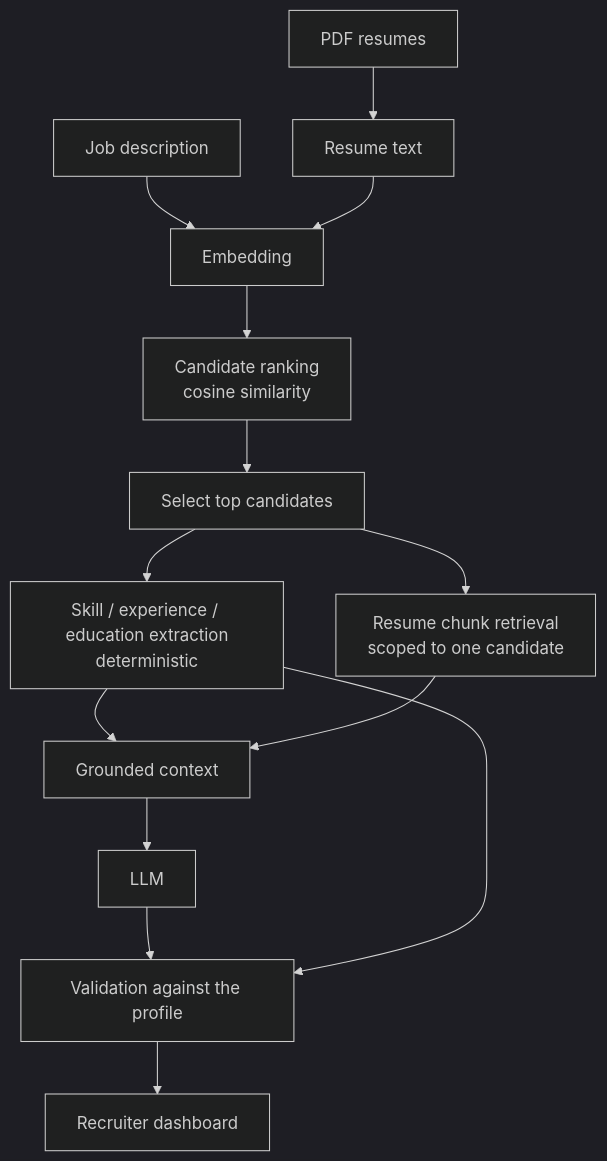
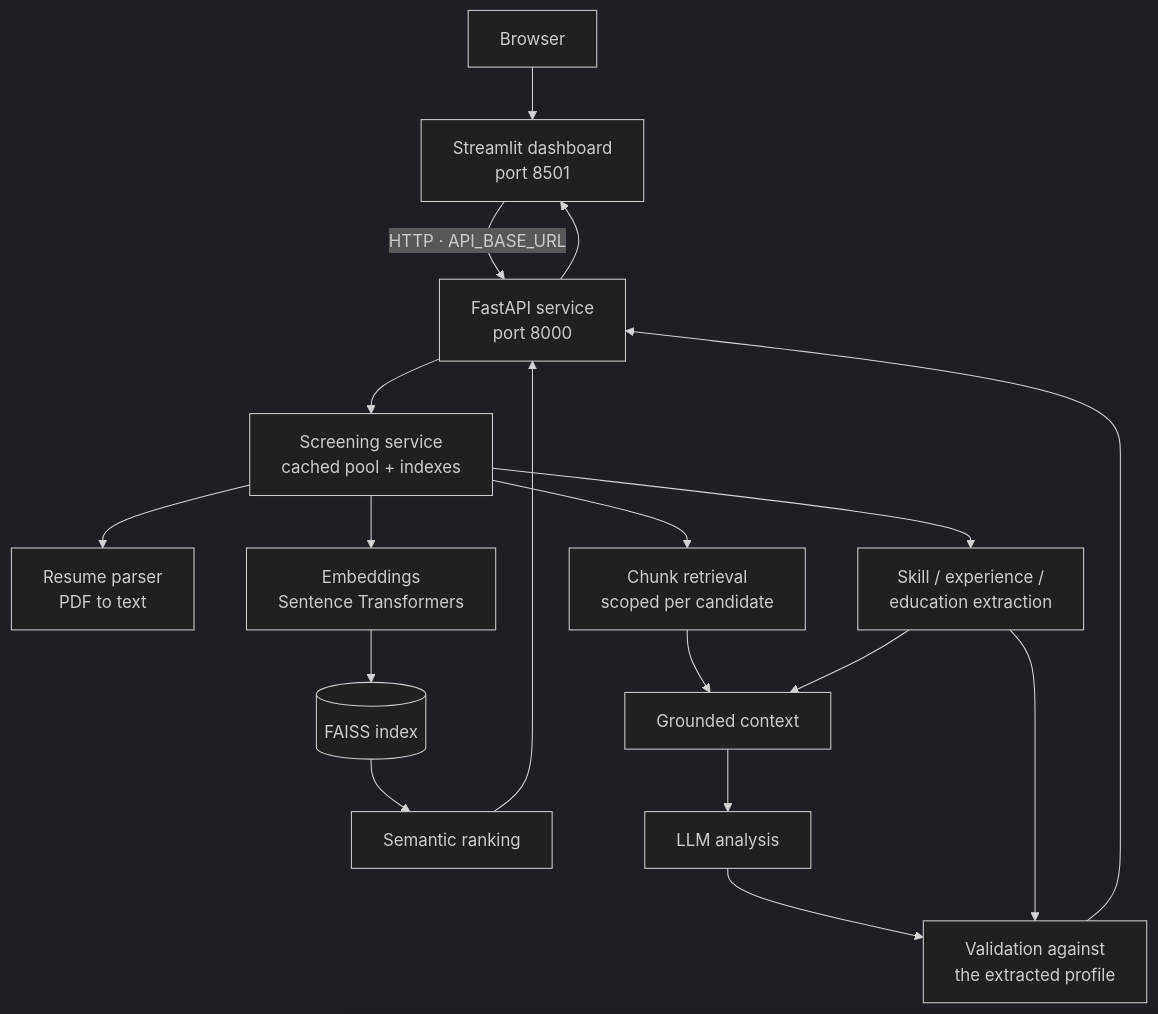
Before and after one commit to shubhrana777/LLM-Powered-Resume-Screening-Candidate-Matching-System: the diagram in README.md, drawn with Mermaid (dark theme). The commit also changed other lines of this file and 11 other files, not shown here.

````diff
--- a/README.md
+++ b/README.md
@@ -87,16 +188,22 @@
 ```mermaid
 flowchart TD
-    JD[Job description] --> EMB[Embedding]
-    PDF[PDF resumes] --> TXT[Resume text]
-    TXT --> EMB
-    EMB --> RANK[Candidate ranking<br/>cosine similarity]
-    RANK --> PICK[Select top candidates]
-    PICK --> EXTRACT[Skill / experience / education extraction<br/>deterministic]
-    PICK --> CHUNKS[Resume chunk retrieval<br/>scoped to one candidate]
-    EXTRACT --> CTX[Grounded context]
-    CHUNKS --> CTX
-    CTX --> LLM[LLM]
-    LLM --> VALID[Validation against the profile]
-    EXTRACT --> VALID
-    VALID --> UI[Recruiter dashboard]
+    B[Browser] --> UI["Streamlit dashboard<br/>port 8501"]
+    UI -->|HTTP · API_BASE_URL| API["FastAPI service<br/>port 8000"]
+    API --> SVC["Screening service<br/>cached pool + indexes"]
+
+    SVC --> P[Resume parser<br/>PDF to text]
+    SVC --> E[Embeddings<br/>Sentence Transformers]
+    E --> F[(FAISS index)]
+    F --> RANK[Semantic ranking]
+
+    SVC --> SK[Skill / experience /<br/>education extraction]
+    SVC --> RET[Chunk retrieval<br/>scoped per candidate]
+    RET --> CTX[Grounded context]
+    SK --> CTX
+    CTX --> LLM[LLM analysis]
+    LLM --> VAL[Validation against<br/>the extracted profile]
+    SK --> VAL
+    VAL --> API
+    RANK --> API
+    API --> UI
 ```
````
